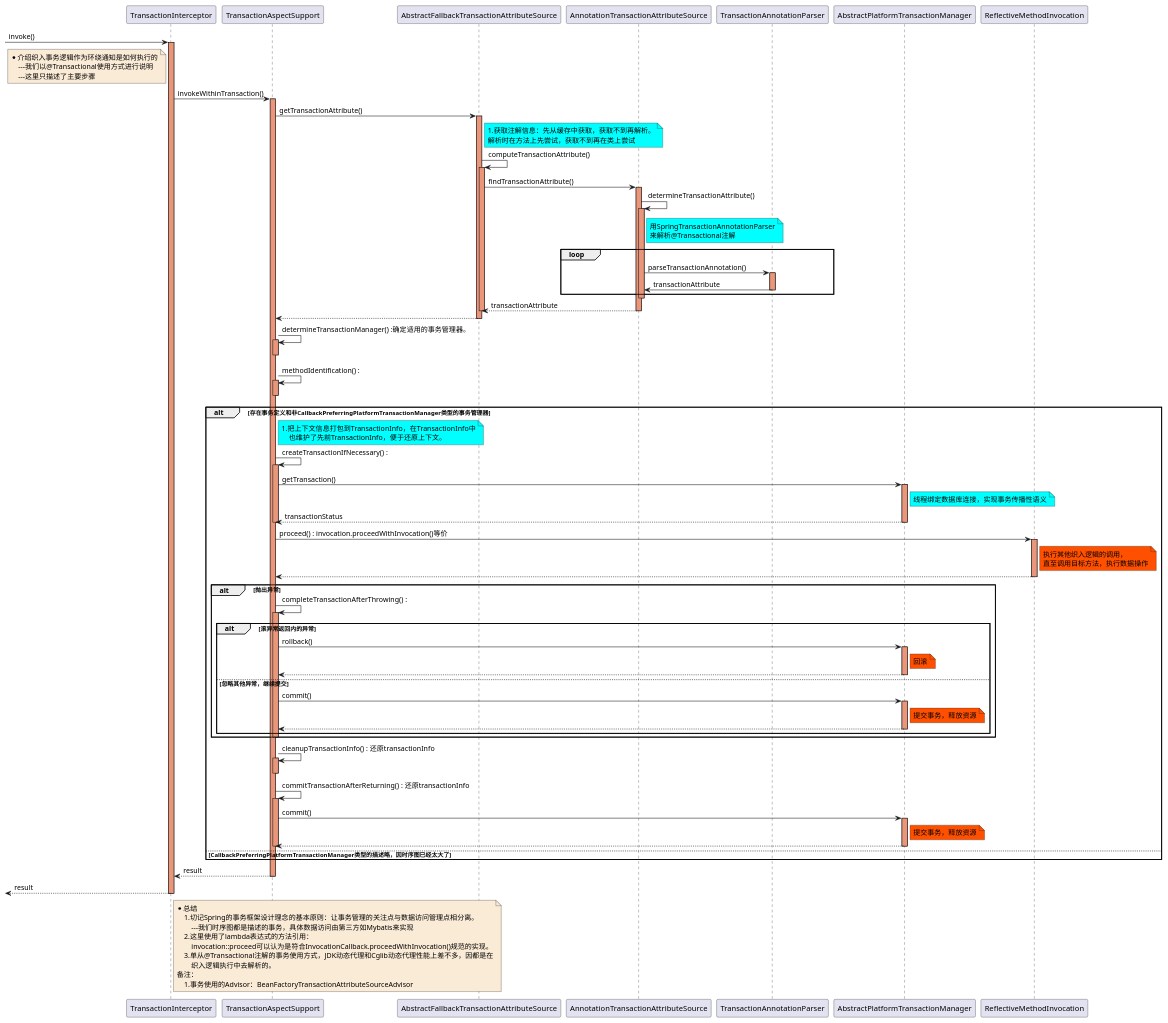
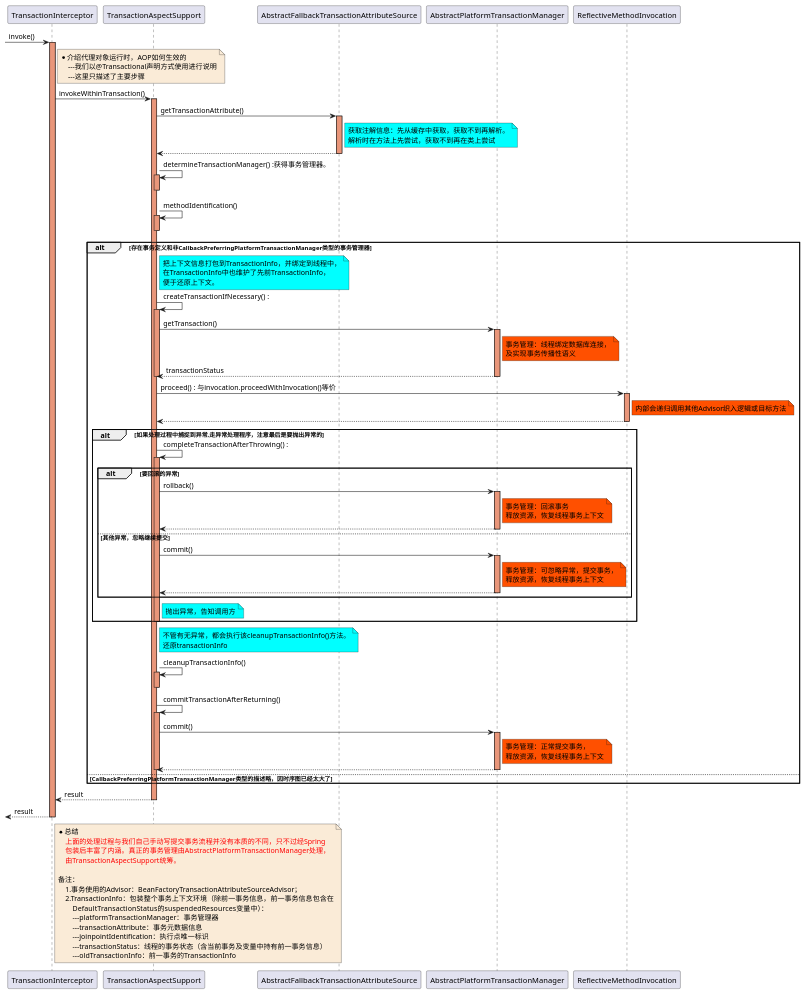
The diagram in document/spring/data/sequence/Transaction-Transaction_invoke-sequence.puml (czwer/learn-spring-code), drawn with PlantUML before and after one commit. The commit also changed 23 other files, not shown here.

```diff
--- a/document/spring/data/sequence/Transaction-Transaction_invoke-sequence.puml
+++ b/document/spring/data/sequence/Transaction-Transaction_invoke-sequence.puml
@@ -1,158 +1,142 @@
 @startuml
 -> TransactionInterceptor: invoke()
 activate TransactionInterceptor #DarkSalmon
 
-note left of TransactionInterceptor #FAEBD7
-    *介绍织入事务逻辑作为环绕通知是如何执行的
-        ---我们以@Transactional使用方式进行说明
+note right of TransactionInterceptor #FAEBD7
+    *介绍代理对象运行时，AOP如何生效的
+        ---我们以@Transactional声明方式使用进行说明
         ---这里只描述了主要步骤
 end note
 
     TransactionInterceptor -> TransactionAspectSupport : invokeWithinTransaction()
     activate TransactionAspectSupport #DarkSalmon
 
         TransactionAspectSupport -> AbstractFallbackTransactionAttributeSource: getTransactionAttribute()
         activate AbstractFallbackTransactionAttributeSource #DarkSalmon
             note right of AbstractFallbackTransactionAttributeSource #aqua
-                1.获取注解信息：先从缓存中获取，获取不到再解析。
+                获取注解信息：先从缓存中获取，获取不到再解析。
                 解析时在方法上先尝试，获取不到再在类上尝试
             end note
-
-            AbstractFallbackTransactionAttributeSource -> AbstractFallbackTransactionAttributeSource:computeTransactionAttribute()
-            activate AbstractFallbackTransactionAttributeSource #DarkSalmon
-
-                AbstractFallbackTransactionAttributeSource -> AnnotationTransactionAttributeSource:findTransactionAttribute()
-                activate AnnotationTransactionAttributeSource #DarkSalmon
-
-                    AnnotationTransactionAttributeSource -> AnnotationTransactionAttributeSource : determineTransactionAttribute()
-                    activate AnnotationTransactionAttributeSource #DarkSalmon
-                        note right of AnnotationTransactionAttributeSource #aqua
-                            用SpringTransactionAnnotationParser
-                            来解析@Transactional注解
-                        end note
-
-                        loop
-                            AnnotationTransactionAttributeSource -> TransactionAnnotationParser : parseTransactionAnnotation()
-                            activate TransactionAnnotationParser #DarkSalmon
-                            TransactionAnnotationParser -> AnnotationTransactionAttributeSource : transactionAttribute
-                            deactivate TransactionAnnotationParser
-                        end
-
-                    deactivate AnnotationTransactionAttributeSource
-
-                AnnotationTransactionAttributeSource --> AbstractFallbackTransactionAttributeSource : transactionAttribute
-                deactivate AnnotationTransactionAttributeSource
-
-            deactivate AbstractFallbackTransactionAttributeSource
-
         AbstractFallbackTransactionAttributeSource --> TransactionAspectSupport
         deactivate AbstractFallbackTransactionAttributeSource
 
-        TransactionAspectSupport -> TransactionAspectSupport : determineTransactionManager() :确定适用的事务管理器。
+        TransactionAspectSupport -> TransactionAspectSupport : determineTransactionManager() :获得事务管理器。
         activate TransactionAspectSupport #DarkSalmon
         deactivate TransactionAspectSupport
 
-        TransactionAspectSupport -> TransactionAspectSupport : methodIdentification() :
+        TransactionAspectSupport -> TransactionAspectSupport : methodIdentification()
         activate TransactionAspectSupport #DarkSalmon
         deactivate TransactionAspectSupport
 
         alt 存在事务定义和非CallbackPreferringPlatformTransactionManager类型的事务管理器
 
             note right of TransactionAspectSupport #aqua
-                1.把上下文信息打包到TransactionInfo，在TransactionInfo中
-                    也维护了先前TransactionInfo，便于还原上下文。
+                把上下文信息打包到TransactionInfo，并绑定到线程中，
+                在TransactionInfo中也维护了先前TransactionInfo，
+                便于还原上下文。
             end note
             TransactionAspectSupport -> TransactionAspectSupport : createTransactionIfNecessary() :
             activate TransactionAspectSupport #DarkSalmon
                 TransactionAspectSupport -> AbstractPlatformTransactionManager : getTransaction()
                 activate AbstractPlatformTransactionManager #DarkSalmon
-                    note right of AbstractPlatformTransactionManager #aqua
-                        线程绑定数据库连接，实现事务传播性语义
+                    note right of AbstractPlatformTransactionManager #FF5000
+                        事务管理：线程绑定数据库连接，
+                        及实现事务传播性语义
                     end note
                 AbstractPlatformTransactionManager --> TransactionAspectSupport : transactionStatus
                 deactivate AbstractPlatformTransactionManager
             deactivate TransactionAspectSupport
 
-            TransactionAspectSupport -> ReflectiveMethodInvocation : proceed() : invocation.proceedWithInvocation()等价
+            TransactionAspectSupport -> ReflectiveMethodInvocation : proceed() : 与invocation.proceedWithInvocation()等价
             activate ReflectiveMethodInvocation #DarkSalmon
                 note right of ReflectiveMethodInvocation #FF5000
-                    执行其他织入逻辑的调用，
-                    直至调用目标方法，执行数据操作
+                    内部会递归调用其他Advisor织入逻辑或目标方法
                 end note
             ReflectiveMethodInvocation --> TransactionAspectSupport
             deactivate ReflectiveMethodInvocation
 
-            alt 抛出异常
+            alt 如果处理过程中捕捉到异常,走异常处理程序，注意最后是要抛出异常的
 
                 TransactionAspectSupport -> TransactionAspectSupport : completeTransactionAfterThrowing() :
                 activate TransactionAspectSupport #DarkSalmon
 
-                    alt 滚异常返回内的异常
+                    alt 要回滚的异常
 
                         TransactionAspectSupport -> AbstractPlatformTransactionManager : rollback()
                         activate AbstractPlatformTransactionManager #DarkSalmon
                             note right of AbstractPlatformTransactionManager #FF5000
-                                回滚
+                                事务管理：回滚事务
+                                释放资源，恢复线程事务上下文
                             end note
                         AbstractPlatformTransactionManager --> TransactionAspectSupport
                         deactivate AbstractPlatformTransactionManager
 
-                    else 忽略其他异常，继续提交
+                    else 其他异常，忽略继续提交
 
                         TransactionAspectSupport -> AbstractPlatformTransactionManager : commit()
                         activate AbstractPlatformTransactionManager #DarkSalmon
                             note right of AbstractPlatformTransactionManager #FF5000
-                                提交事务，释放资源
+                                事务管理：可忽略异常，提交事务，
+                                释放资源，恢复线程事务上下文
                             end note
                         AbstractPlatformTransactionManager --> TransactionAspectSupport
                         deactivate AbstractPlatformTransactionManager
 
                     end
 
+                    note right of TransactionAspectSupport #aqua
+                        抛出异常，告知调用方
+                    end note
 
                 deactivate TransactionAspectSupport
 
             end
 
-            TransactionAspectSupport -> TransactionAspectSupport : cleanupTransactionInfo() : 还原transactionInfo
+            note right of TransactionAspectSupport #aqua
+                不管有无异常，都会执行该cleanupTransactionInfo()方法。
+                还原transactionInfo
+            end note
+            TransactionAspectSupport -> TransactionAspectSupport : cleanupTransactionInfo()
             activate TransactionAspectSupport #DarkSalmon
             deactivate TransactionAspectSupport
 
-            TransactionAspectSupport -> TransactionAspectSupport : commitTransactionAfterReturning() : 还原transactionInfo
+            TransactionAspectSupport -> TransactionAspectSupport : commitTransactionAfterReturning()
             activate TransactionAspectSupport #DarkSalmon
                 TransactionAspectSupport -> AbstractPlatformTransactionManager : commit()
                 activate AbstractPlatformTransactionManager #DarkSalmon
                     note right of AbstractPlatformTransactionManager #FF5000
-                        提交事务，释放资源
+                        事务管理：正常提交事务，
+                        释放资源，恢复线程事务上下文
                     end note
                 AbstractPlatformTransactionManager --> TransactionAspectSupport
                 deactivate AbstractPlatformTransactionManager
             deactivate TransactionAspectSupport
 
         else CallbackPreferringPlatformTransactionManager类型的描述略，因时序图已经太大了
 
         end
 
-
     TransactionAspectSupport --> TransactionInterceptor : result
     deactivate TransactionAspectSupport
-
-
-
 
 <-- TransactionInterceptor: result
 deactivate TransactionInterceptor
 
 note right of TransactionInterceptor #FAEBD7
     *总结
-        1.切记Spring的事务框架设计理念的基本原则：让事务管理的关注点与数据访问管理点相分离。
-            ---我们时序图都是描述的事务，具体数据访问由第三方如Mybatis来实现
-        2.这里使用了lambda表达式的方法引用：
-            invocation::proceed可以认为是符合InvocationCallback.proceedWithInvocation()规范的实现。
-        3.单从@Transactional注解的事务使用方式，JDK动态代理和Cglib动态代理性能上差不多，因都是在
-            织入逻辑执行中去解析的。
+        <font color=red>上面的处理过程与我们自己手动写提交事务流程并没有本质的不同，只不过经Spring</font>
+        <font color=red>包装后丰富了内涵。真正的事务管理由AbstractPlatformTransactionManager处理，</font>
+        <font color=red>由TransactionAspectSupport统筹。</font>
+
     备注：
-        1.事务使用的Advisor：BeanFactoryTransactionAttributeSourceAdvisor
+        1.事务使用的Advisor：BeanFactoryTransactionAttributeSourceAdvisor；
+        2.TransactionInfo：包装整个事务上下文环境（除前一事务信息，前一事务信息包含在
+            DefaultTransactionStatus的suspendedResources变量中）：
+            ---platformTransactionManager：事务管理器
+            ---transactionAttribute：事务元数据信息
+            ---joinpointIdentification：执行点唯一标识
+            ---transactionStatus：线程的事务状态（含当前事务及变量中持有前一事务信息）
+            ---oldTransactionInfo：前一事务的TransactionInfo
 end note
 
 @enduml
```
